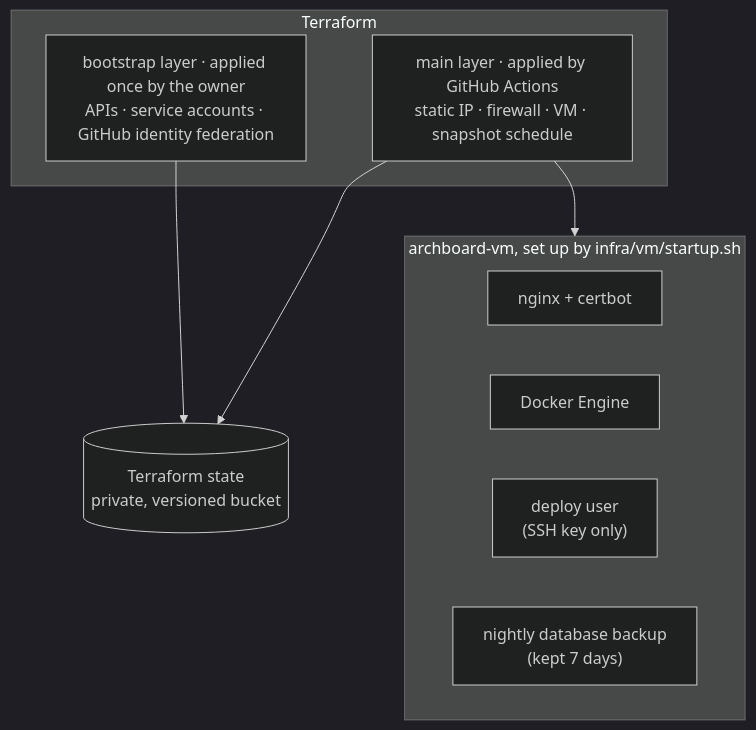
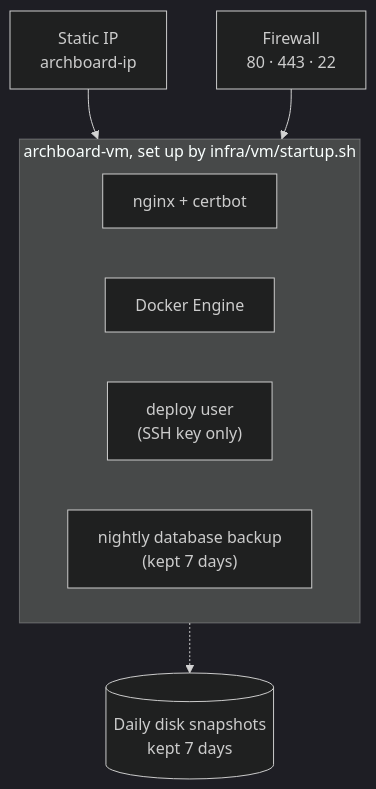
The fourth of 5 diagrams in README.md (ashutosh-lodha/ArchBoard), drawn with Mermaid (dark theme) before and after one commit. The commit also changed other lines of this file and 12 other files, not shown here.

````diff
--- a/README.md
+++ b/README.md
@@ -233,19 +231,13 @@
 ```mermaid
 flowchart TB
-  subgraph tf["Terraform"]
-    boot["bootstrap layer · applied once by the owner<br/>APIs · service accounts · GitHub identity federation"]
-    main["main layer · applied by GitHub Actions<br/>static IP · firewall · VM · snapshot schedule"]
-  end
-  state[("Terraform state<br/>private, versioned bucket")]
-  boot --> state
-  main --> state
-
+  ip["Static IP<br/>archboard-ip"] --> vm
+  fw["Firewall<br/>80 · 443 · 22"] --> vm
   subgraph vm["archboard-vm, set up by infra/vm/startup.sh"]
     direction LR
     n["nginx + certbot"]
     d["Docker Engine"]
     u["deploy user<br/>(SSH key only)"]
     b["nightly database backup<br/>(kept 7 days)"]
   end
-  main --> vm
+  vm -.-> snap[("Daily disk snapshots<br/>kept 7 days")]
 ```
````
